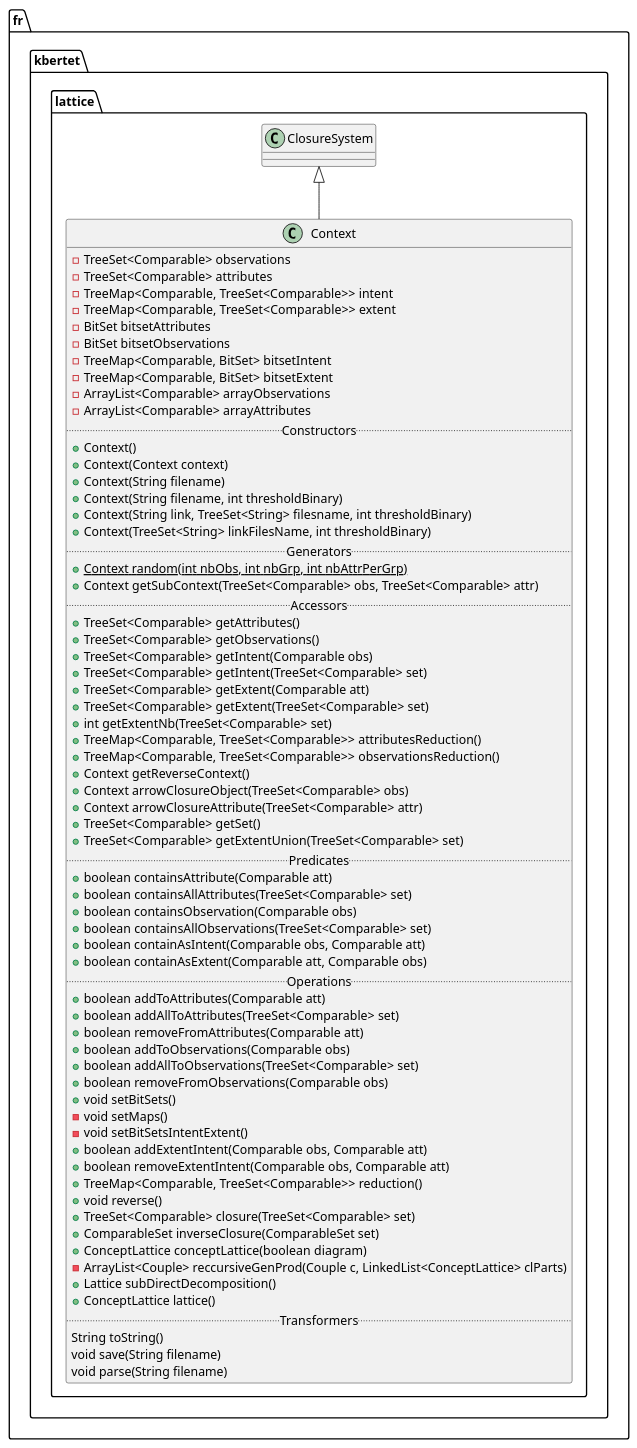
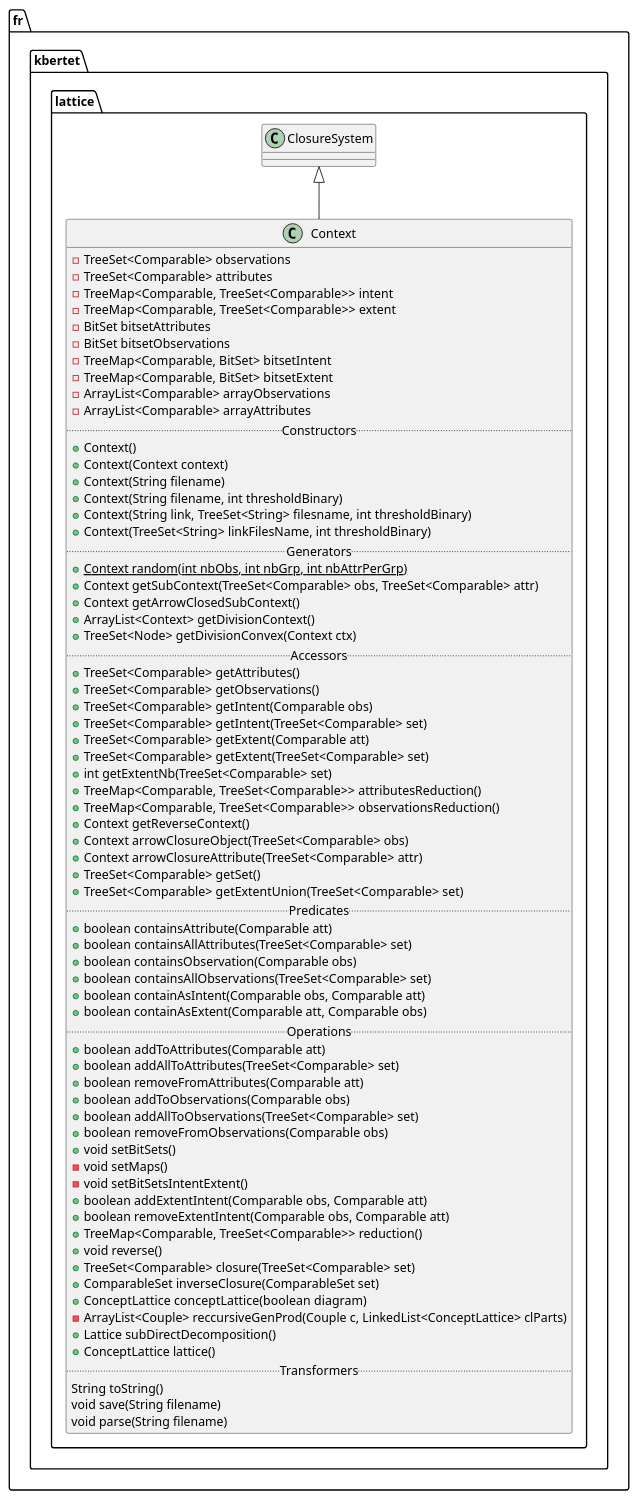
Before and after one commit to thegalactic/java-lattices: the diagram in src/fr/kbertet/lattice/Context.iuml, drawn with PlantUML. The commit also changed 5 other files, not shown here.

Commit message:
Add methods to compute Convex Division

```diff
--- a/src/fr/kbertet/lattice/Context.iuml
+++ b/src/fr/kbertet/lattice/Context.iuml
@@ -1,72 +1,75 @@
 package fr.kbertet.lattice {
     class Context {
         -TreeSet<Comparable> observations
         -TreeSet<Comparable> attributes
         -TreeMap<Comparable, TreeSet<Comparable>> intent
         -TreeMap<Comparable, TreeSet<Comparable>> extent
         -BitSet bitsetAttributes
         -BitSet bitsetObservations
         -TreeMap<Comparable, BitSet> bitsetIntent
         -TreeMap<Comparable, BitSet> bitsetExtent
         -ArrayList<Comparable> arrayObservations
         -ArrayList<Comparable> arrayAttributes
         .. Constructors ..
         +Context()
         +Context(Context context)
         +Context(String filename)
         +Context(String filename, int thresholdBinary)
         +Context(String link, TreeSet<String> filesname, int thresholdBinary)
         +Context(TreeSet<String> linkFilesName, int thresholdBinary)
         .. Generators ..
         {static}+Context random(int nbObs, int nbGrp, int nbAttrPerGrp)
         +Context getSubContext(TreeSet<Comparable> obs, TreeSet<Comparable> attr)
+        +Context getArrowClosedSubContext()
+        +ArrayList<Context> getDivisionContext()
+        +TreeSet<Node> getDivisionConvex(Context ctx)
         .. Accessors ..
         +TreeSet<Comparable> getAttributes()
         +TreeSet<Comparable> getObservations()
         +TreeSet<Comparable> getIntent(Comparable obs)
         +TreeSet<Comparable> getIntent(TreeSet<Comparable> set)
         +TreeSet<Comparable> getExtent(Comparable att)
         +TreeSet<Comparable> getExtent(TreeSet<Comparable> set)
         +int getExtentNb(TreeSet<Comparable> set)
         +TreeMap<Comparable, TreeSet<Comparable>> attributesReduction()
         +TreeMap<Comparable, TreeSet<Comparable>> observationsReduction()
         +Context getReverseContext()
         +Context arrowClosureObject(TreeSet<Comparable> obs)
         +Context arrowClosureAttribute(TreeSet<Comparable> attr)
         +TreeSet<Comparable> getSet()
         +TreeSet<Comparable> getExtentUnion(TreeSet<Comparable> set)
         .. Predicates ..
         +boolean containsAttribute(Comparable att)
         +boolean containsAllAttributes(TreeSet<Comparable> set)
         +boolean containsObservation(Comparable obs)
         +boolean containsAllObservations(TreeSet<Comparable> set)
         +boolean containAsIntent(Comparable obs, Comparable att)
         +boolean containAsExtent(Comparable att, Comparable obs)
         .. Operations ..
         +boolean addToAttributes(Comparable att)
         +boolean addAllToAttributes(TreeSet<Comparable> set)
         +boolean removeFromAttributes(Comparable att)
         +boolean addToObservations(Comparable obs)
         +boolean addAllToObservations(TreeSet<Comparable> set)
         +boolean removeFromObservations(Comparable obs)
         +void setBitSets()
         -void setMaps()
         -void setBitSetsIntentExtent()
         +boolean addExtentIntent(Comparable obs, Comparable att)
         +boolean removeExtentIntent(Comparable obs, Comparable att)
         +TreeMap<Comparable, TreeSet<Comparable>> reduction()
         +void reverse()
         +TreeSet<Comparable> closure(TreeSet<Comparable> set)
         +ComparableSet inverseClosure(ComparableSet set)
         +ConceptLattice conceptLattice(boolean  diagram)
         -ArrayList<Couple> reccursiveGenProd(Couple c, LinkedList<ConceptLattice> clParts)
         +Lattice subDirectDecomposition()
         +ConceptLattice lattice()
         .. Transformers ..
         String toString()
         void save(String filename)
         void parse(String filename)
     }
 
     ClosureSystem <|-- Context
 }
```
